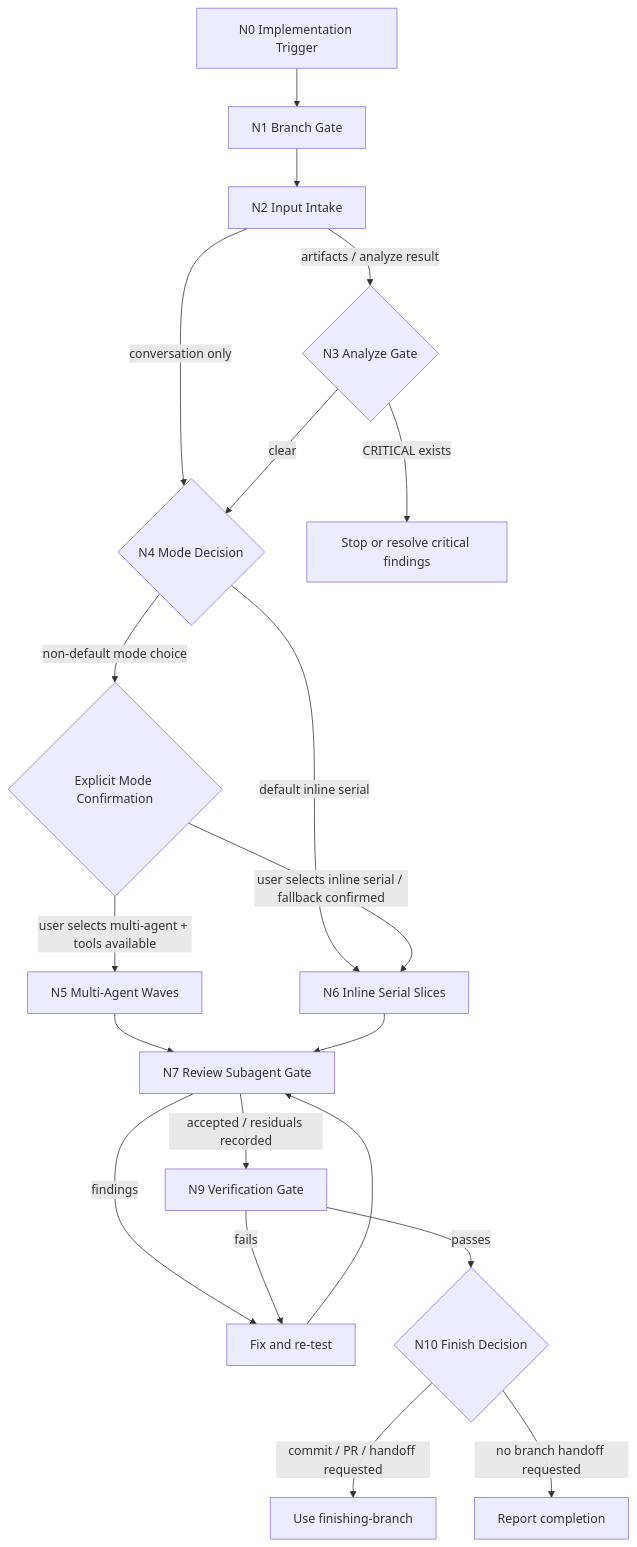
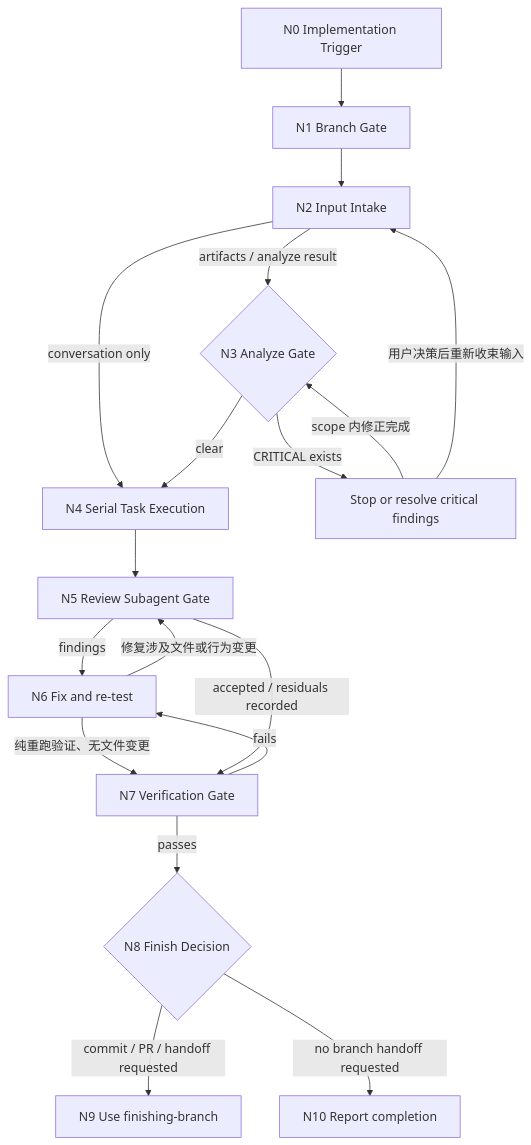
The diagram in implement/SKILL.md (fjxyyzg3/Skills), drawn with Mermaid before and after one commit. The commit also changed other lines of this file and 29 other files, not shown here.

````diff
--- a/implement/SKILL.md
+++ b/implement/SKILL.md
@@ -22,22 +22,20 @@
 ```mermaid
 flowchart TD
   N0["N0 Implementation Trigger"] --> N1["N1 Branch Gate"]
   N1 --> N2["N2 Input Intake"]
   N2 -- "artifacts / analyze result" --> N3{"N3 Analyze Gate"}
-  N2 -- "conversation only" --> N4{"N4 Mode Decision"}
+  N2 -- "conversation only" --> N4["N4 Serial Task Execution"]
   N3 -- "CRITICAL exists" --> H1["Stop or resolve critical findings"]
-  N3 -- "clear" --> N4{"N4 Mode Decision"}
-  N4 -- "default inline serial" --> N6["N6 Inline Serial Slices"]
-  N4 -- "non-default mode choice" --> C1{"Explicit Mode Confirmation"}
-  C1 -- "user selects multi-agent + tools available" --> N5["N5 Multi-Agent Waves"]
-  C1 -- "user selects inline serial / fallback confirmed" --> N6
-  N5 --> N7["N7 Review Subagent Gate"]
-  N6 --> N7
-  N7 -- "findings" --> N8["Fix and re-test"]
-  N8 --> N7
-  N7 -- "accepted / residuals recorded" --> N9["N9 Verification Gate"]
-  N9 -- "fails" --> N8
-  N9 -- "passes" --> N10{"N10 Finish Decision"}
-  N10 -- "commit / PR / handoff requested" --> N11["Use finishing-branch"]
-  N10 -- "no branch handoff requested" --> N12["Report completion"]
+  H1 -- "scope 内修正完成" --> N3
+  H1 -- "用户决策后重新收束输入" --> N2
+  N3 -- "clear" --> N4
+  N4 --> N5["N5 Review Subagent Gate"]
+  N5 -- "findings" --> N6["N6 Fix and re-test"]
+  N6 -- "修复涉及文件或行为变更" --> N5
+  N6 -- "纯重跑验证、无文件变更" --> N7
+  N5 -- "accepted / residuals recorded" --> N7["N7 Verification Gate"]
+  N7 -- "fails" --> N6
+  N7 -- "passes" --> N8{"N8 Finish Decision"}
+  N8 -- "commit / PR / handoff requested" --> N9["N9 Use finishing-branch"]
+  N8 -- "no branch handoff requested" --> N10["N10 Report completion"]
 ```
````
